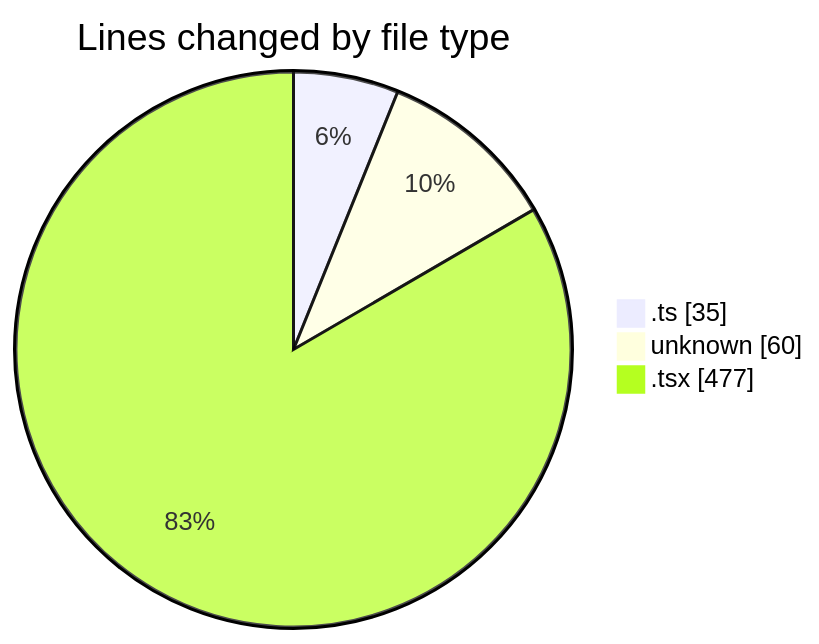
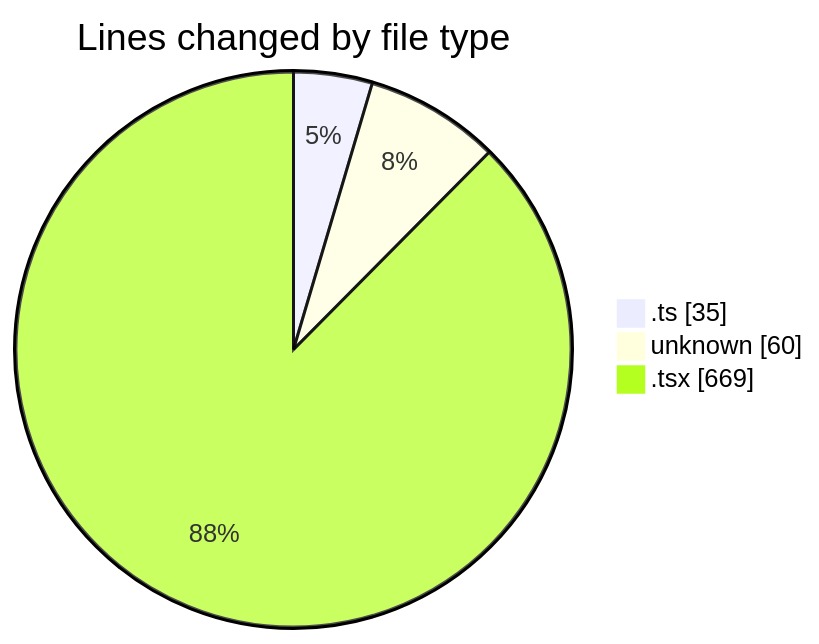
One commit to momahboobian/code-tracking changed the first of 2 diagrams in 2026-06-12/cda/README.md. Above: the diagram before and after it, drawn with Mermaid. The commit also changed other lines of this file and 1 other file, not shown here.

````diff
--- a/2026-06-12/cda/README.md
+++ b/2026-06-12/cda/README.md
@@ -25,7 +25,7 @@
 ```mermaid
 pie showData
 title Lines changed by file type
 ".ts" : 35
 "unknown" : 60
-".tsx" : 477
+".tsx" : 669
 ```
````
